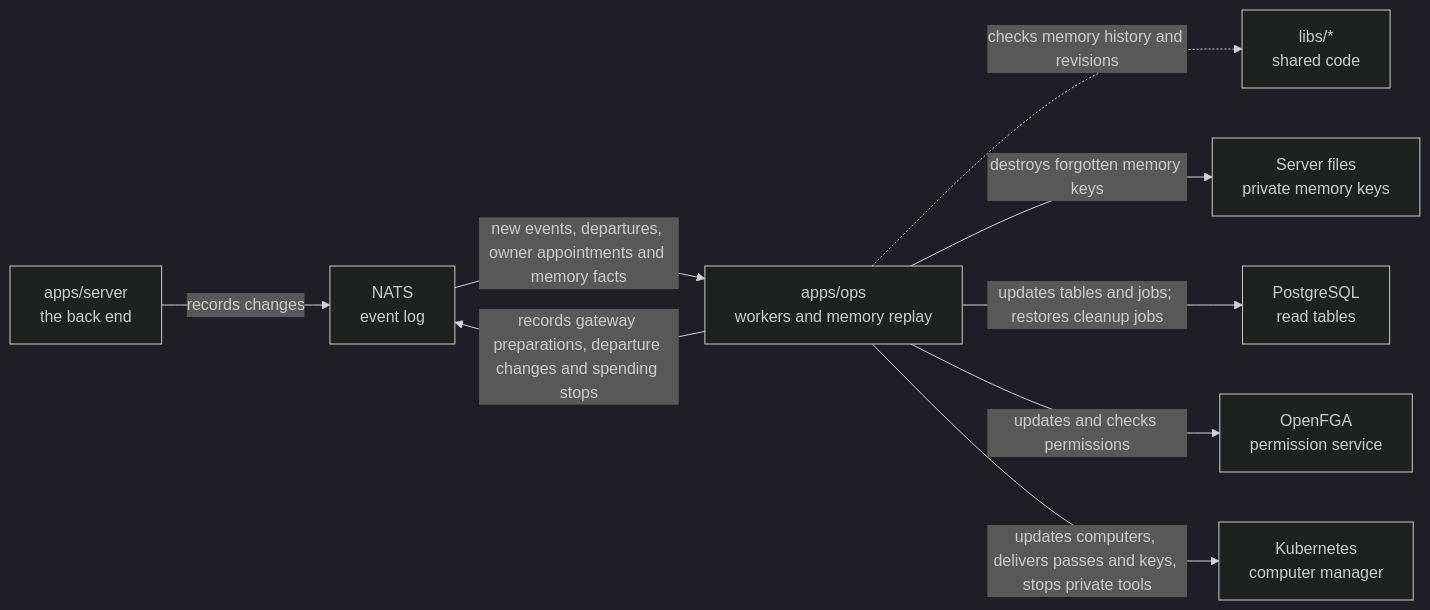
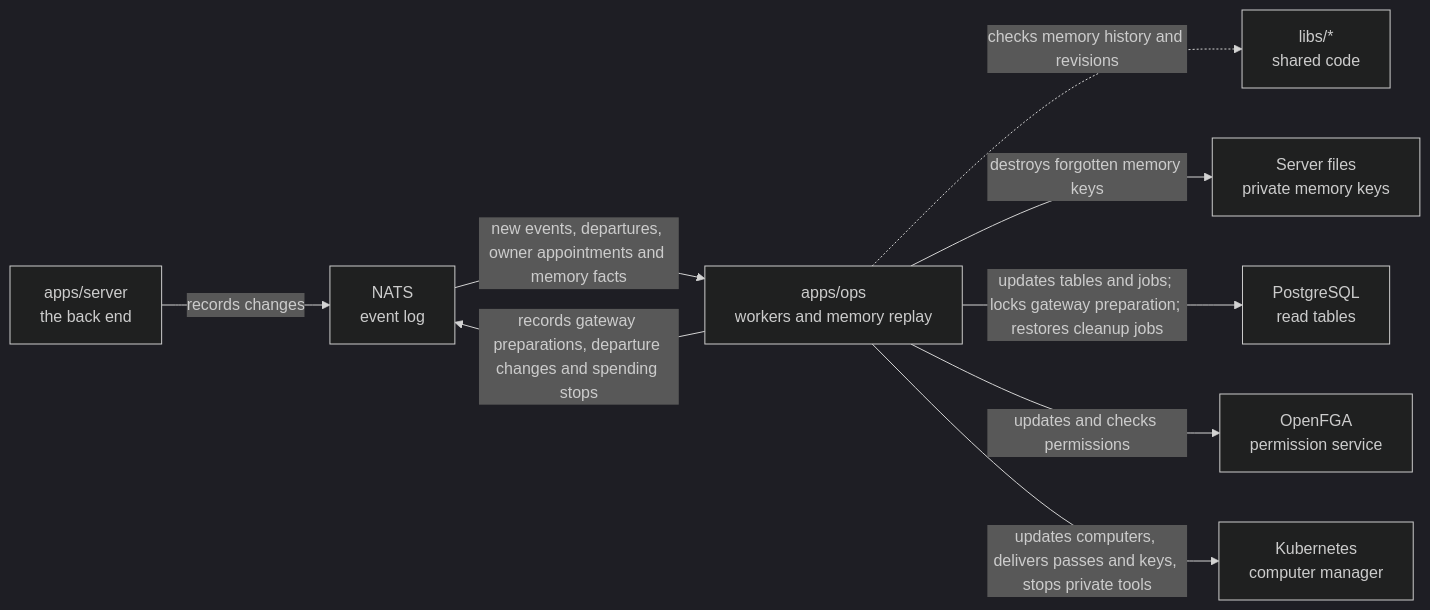
One commit to elewa-git/opencrane-new changed the diagram in apps/ops/README.md. Above: the diagram before and after it, drawn with Mermaid (dark theme). The commit also changed other lines of this file and 10 other files, not shown here.

Commit message:
🔧 Hold gateway preparation while checking and replacing the latest file

````diff
--- a/apps/ops/README.md
+++ b/apps/ops/README.md
@@ -11,11 +11,11 @@
 ```mermaid
 flowchart LR
   server["apps/server<br/>the back end"] -->|records changes| nats["NATS<br/>event log"]
   nats -->|new events, departures, owner appointments and memory facts| ops["apps/ops<br/>workers and memory replay"]
   ops -->|records gateway preparations, departure changes and spending stops| nats
   ops -.->|checks memory history and revisions| libs["libs/*<br/>shared code"]
   ops -->|destroys forgotten memory keys| keys["Server files<br/>private memory keys"]
-  ops -->|updates tables and jobs; restores cleanup jobs| postgres["PostgreSQL<br/>read tables"]
+  ops -->|updates tables and jobs; locks gateway preparation; restores cleanup jobs| postgres["PostgreSQL<br/>read tables"]
   ops -->|updates and checks permissions| fga["OpenFGA<br/>permission service"]
   ops -->|updates computers, delivers passes and keys, stops private tools| kube["Kubernetes<br/>computer manager"]
 ```
````
